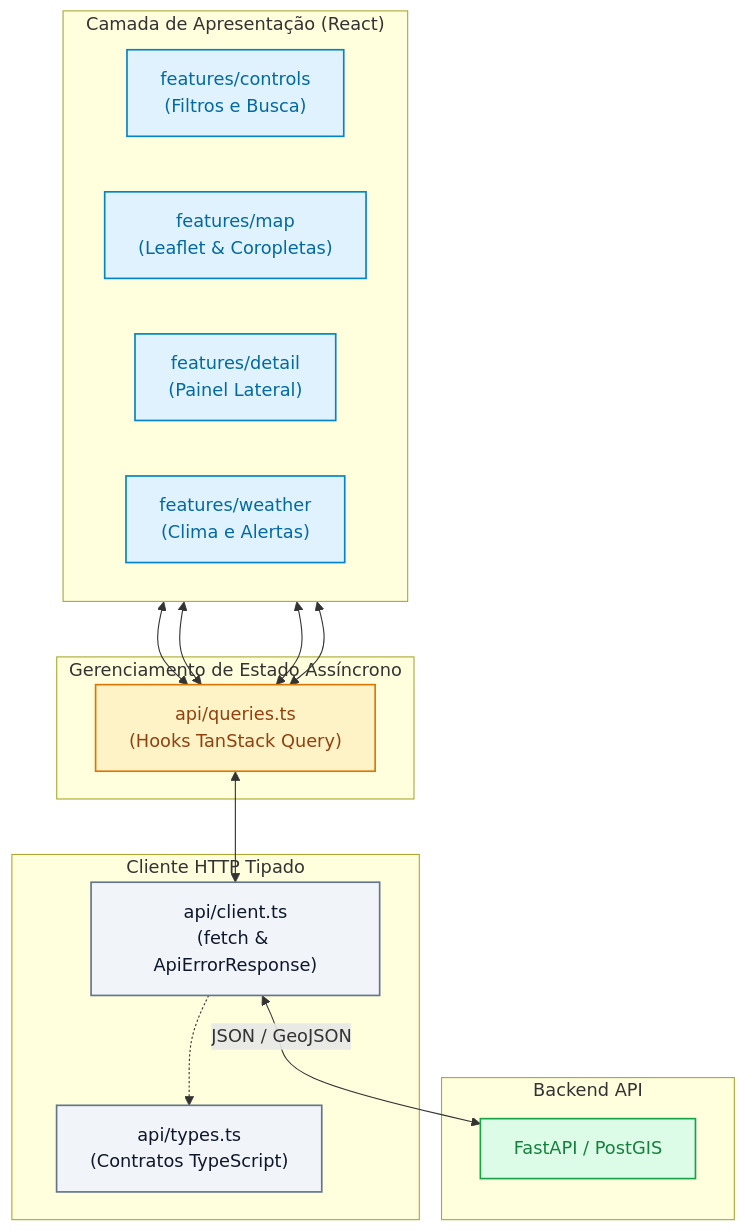
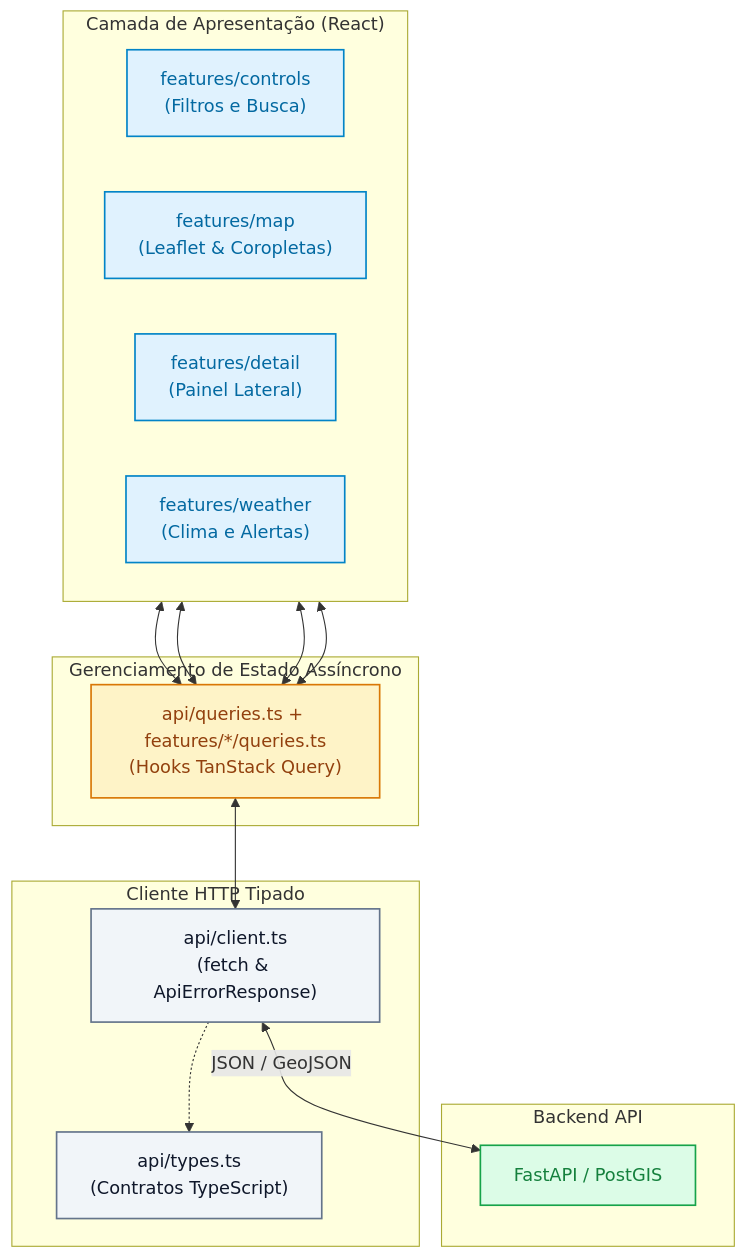
One commit to henriquexaud/brasil-lens-frontend changed the diagram in docs/ARCHITECTURE.md. Above: the diagram before and after it, drawn with Mermaid. The commit also changed other lines of this file and 17 other files, not shown here.

````diff
--- a/docs/ARCHITECTURE.md
+++ b/docs/ARCHITECTURE.md
@@ -36,38 +36,38 @@
 ```mermaid
 flowchart TD
     subgraph UI[" Camada de Apresentação (React) "]
         direction LR
         CTRL["features/controls<br/>(Filtros e Busca)"]
         MAP["features/map<br/>(Leaflet & Coropletas)"]
         DET["features/detail<br/>(Painel Lateral)"]
         WEATH["features/weather<br/>(Clima e Alertas)"]
     end
 
     subgraph STATE[" Gerenciamento de Estado Assíncrono "]
-        TQ["api/queries.ts<br/>(Hooks TanStack Query)"]
+        TQ["api/queries.ts + features/*/queries.ts<br/>(Hooks TanStack Query)"]
     end
 
     subgraph NET[" Cliente HTTP Tipado "]
         CLI["api/client.ts<br/>(fetch & ApiErrorResponse)"]
         TYPES["api/types.ts<br/>(Contratos TypeScript)"]
     end
 
     subgraph BACKEND[" Backend API "]
         API["FastAPI / PostGIS"]
     end
 
     CTRL & MAP & DET & WEATH <--> TQ
     TQ <--> CLI
     CLI -.-> TYPES
     CLI <-->|"JSON / GeoJSON"| API
 
     classDef ui fill:#e0f2fe,stroke:#0284c7,stroke-width:1.5px,color:#0369a1;
     classDef state fill:#fef3c7,stroke:#d97706,stroke-width:1.5px,color:#92400e;
     classDef net fill:#f1f5f9,stroke:#64748b,stroke-width:1.5px,color:#0f172a;
     classDef back fill:#dcfce7,stroke:#16a34a,stroke-width:1.5px,color:#15803d;
 
     class CTRL,MAP,DET,WEATH ui;
     class TQ state;
     class CLI,TYPES net;
     class API back;
 ```
````
